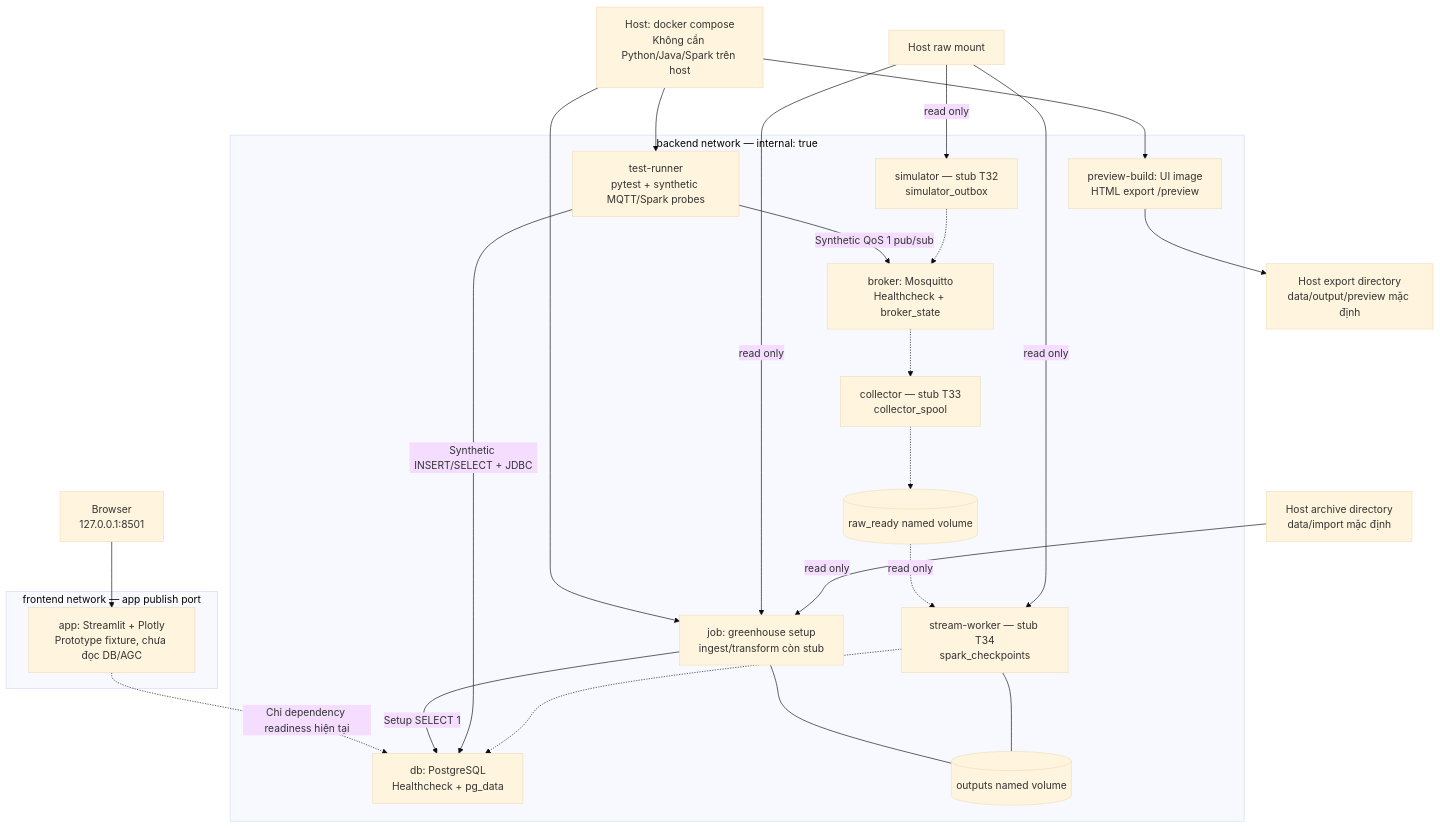
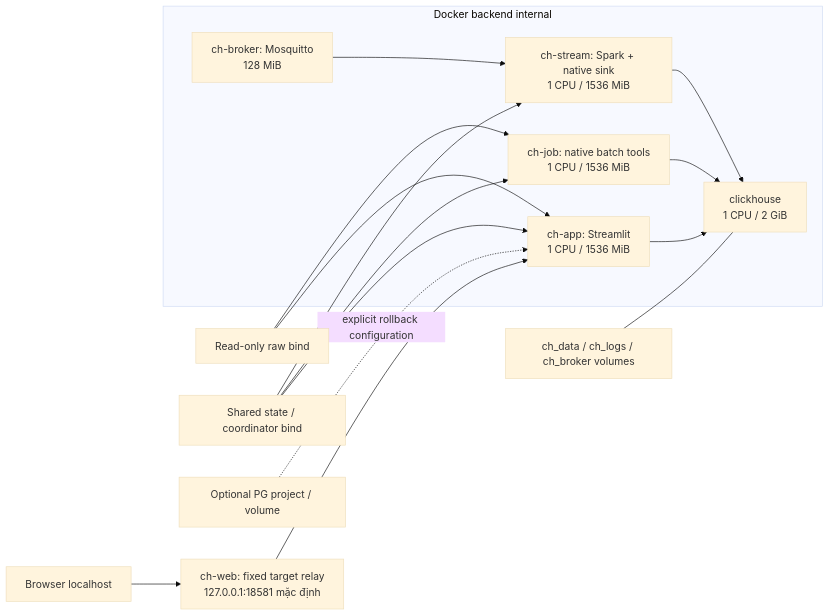
The diagram in docs/architecture/02-local-deployment.md (arcanine525/smart-green-house), drawn with Mermaid (base theme) before and after one commit. The commit also changed other lines of this file and 47 other files, not shown here.

````diff
--- a/docs/architecture/02-local-deployment.md
+++ b/docs/architecture/02-local-deployment.md
@@ -5,40 +6,22 @@
 ```mermaid
-flowchart TB
-    CLI["Host: docker compose<br/>Không cần Python/Java/Spark trên host"]
-    BROWSER["Browser<br/>127.0.0.1:8501"]
-    subgraph FRONT["frontend network — app publish port"]
-        APP["app: Streamlit + Plotly<br/>Prototype fixture, chưa đọc DB/AGC"]
+flowchart LR
+    B["Browser localhost"] --> R["ch-web: fixed target relay<br/>127.0.0.1:18581 mặc định"]
+    subgraph INTERNAL["Docker backend internal"]
+      UI["ch-app: Streamlit<br/>1 CPU / 1536 MiB"]
+      DB["clickhouse<br/>1 CPU / 2 GiB"]
+      JOB["ch-job: native batch tools<br/>1 CPU / 1536 MiB"]
+      MQ["ch-broker: Mosquitto<br/>128 MiB"]
+      STREAM["ch-stream: Spark + native sink<br/>1 CPU / 1536 MiB"]
+      UI --> DB
+      JOB --> DB
+      MQ --> STREAM --> DB
     end
-    subgraph BACK["backend network — internal: true"]
-        JOB["job: greenhouse setup<br/>ingest/transform còn stub"]
-        TEST["test-runner<br/>pytest + synthetic MQTT/Spark probes"]
-        DB["db: PostgreSQL<br/>Healthcheck + pg_data"]
-        BROKER["broker: Mosquitto<br/>Healthcheck + broker_state"]
-        SIM["simulator — stub T32<br/>simulator_outbox"]
-        COL["collector — stub T33<br/>collector_spool"]
-        STREAM["stream-worker — stub T34<br/>spark_checkpoints"]
-        READY[("raw_ready named volume")]
-        OUT[("outputs named volume")]
-        PREVIEW["preview-build: UI image<br/>HTML export /preview"]
-    end
-    BROWSER --> APP
-    APP -.->|"Chỉ dependency readiness hiện tại"| DB
-    CLI --> JOB
-    CLI --> TEST
-    CLI --> PREVIEW
-    JOB -->|"Setup SELECT 1"| DB
-    TEST -->|"Synthetic INSERT/SELECT + JDBC"| DB
-    TEST -->|"Synthetic QoS 1 pub/sub"| BROKER
-    SIM -.-> BROKER
-    BROKER -.-> COL
-    COL -.-> READY
-    READY -.->|"read only"| STREAM
-    STREAM -.-> DB
-    JOB --- OUT
-    STREAM --- OUT
-    RAW["Host raw mount"] -->|"read only"| JOB
-    RAW -->|"read only"| SIM
-    RAW -->|"read only"| STREAM
-    IMPORT["Host archive directory<br/>data/import mặc định"] -->|"read only"| JOB
-    PREVIEW --> EXPORT["Host export directory<br/>data/output/preview mặc định"]
+    R --> UI
+    RAW["Read-only raw bind"] --> UI
+    RAW --> JOB
+    STATE["Shared state / coordinator bind"] --> UI
+    STATE --> JOB
+    STATE --> STREAM
+    VOL["ch_data / ch_logs / ch_broker volumes"] --- DB
+    PG["Optional PG project / volume"] -. "explicit rollback configuration" .-> UI
 ```
````
